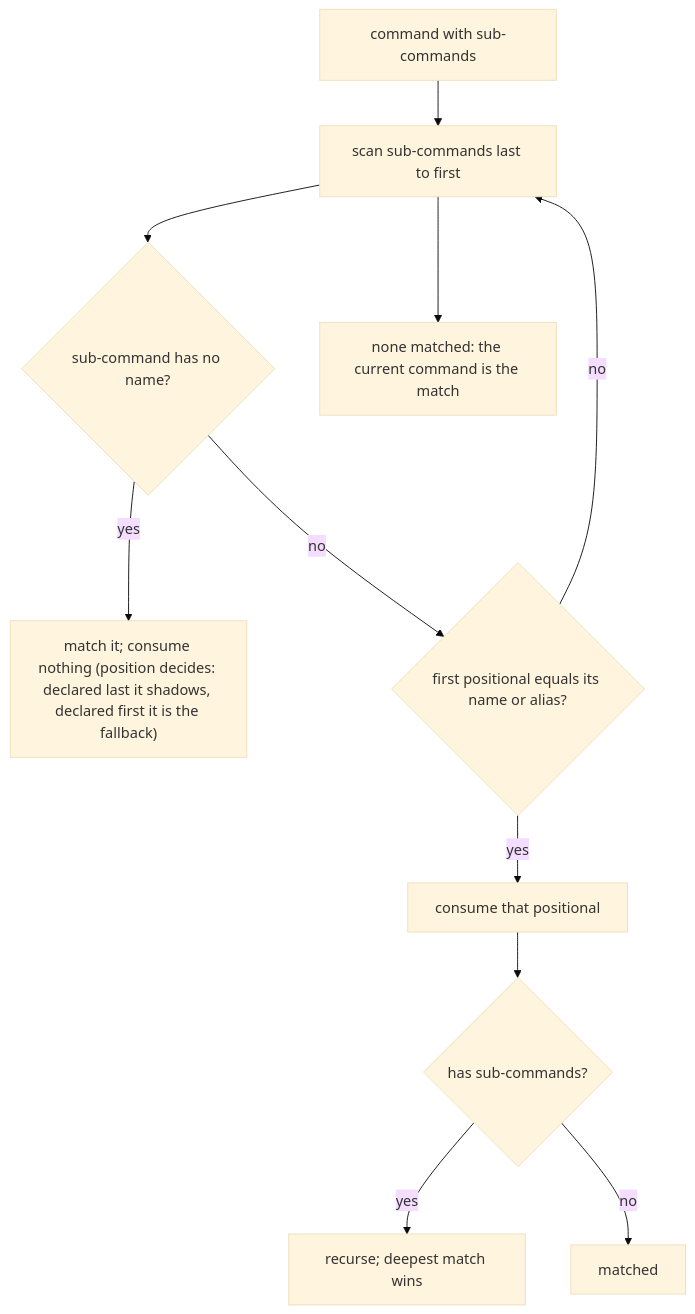
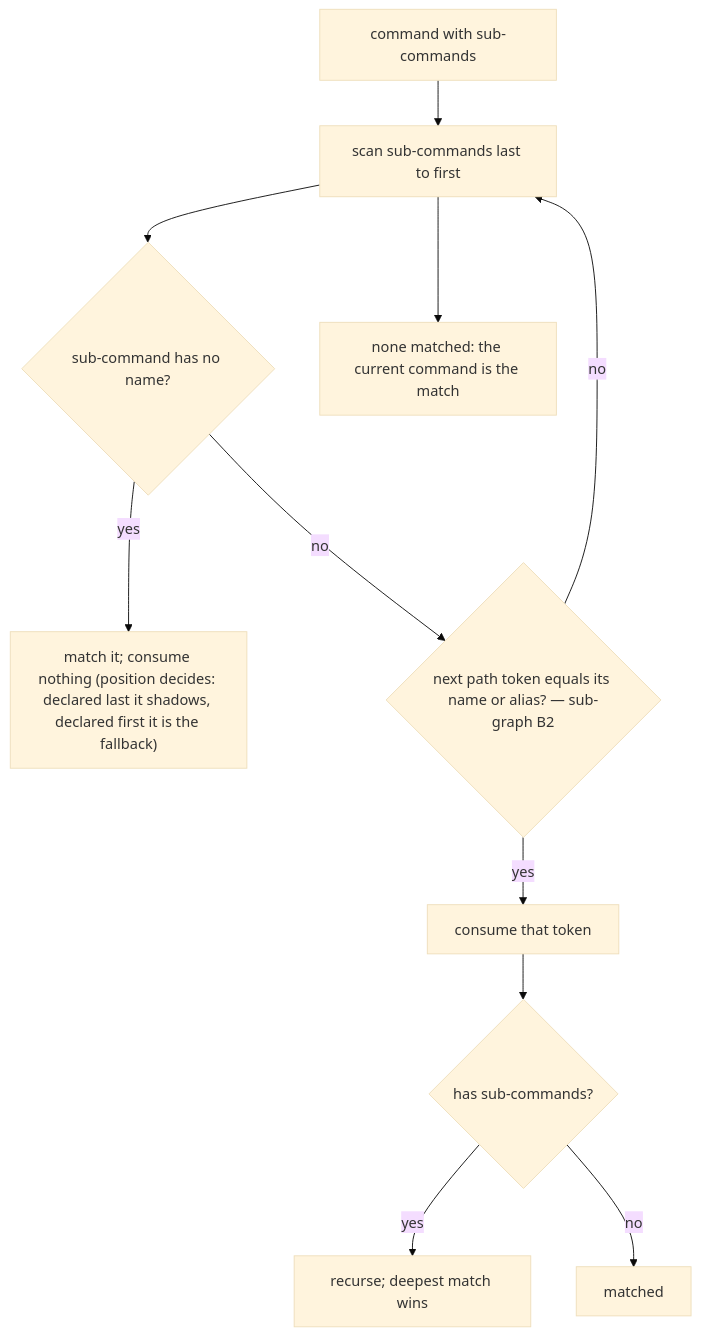
One commit to clibuilder/clibuilder changed the third of 7 diagrams in packages/clibuilder/.agents/spec/input-parsing/README.md. Above: the diagram before and after it, drawn with Mermaid (base theme). The commit also changed other lines of this file and 11 other files, not shown here.

````diff
--- a/packages/clibuilder/.agents/spec/input-parsing/README.md
+++ b/packages/clibuilder/.agents/spec/input-parsing/README.md
@@ -200,12 +203,12 @@
 ```mermaid
 graph TD
   M[command with sub-commands] --> IT[scan sub-commands last to first]
   IT --> NN{sub-command has no name?}
   NN -- yes --> DEF["match it; consume nothing (position decides: declared last it shadows, declared first it is the fallback)"]
-  NN -- no --> NM{"first positional equals its name or alias?"}
+  NN -- no --> NM{"next path token equals its name or alias? — sub-graph B2"}
   NM -- no --> IT
-  NM -- yes --> SH[consume that positional] --> NEST{has sub-commands?}
+  NM -- yes --> SH[consume that token] --> NEST{has sub-commands?}
   NEST -- yes --> REC[recurse; deepest match wins]
   NEST -- no --> HIT[matched]
   IT --> EXH[none matched: the current command is the match]
 ```
````
